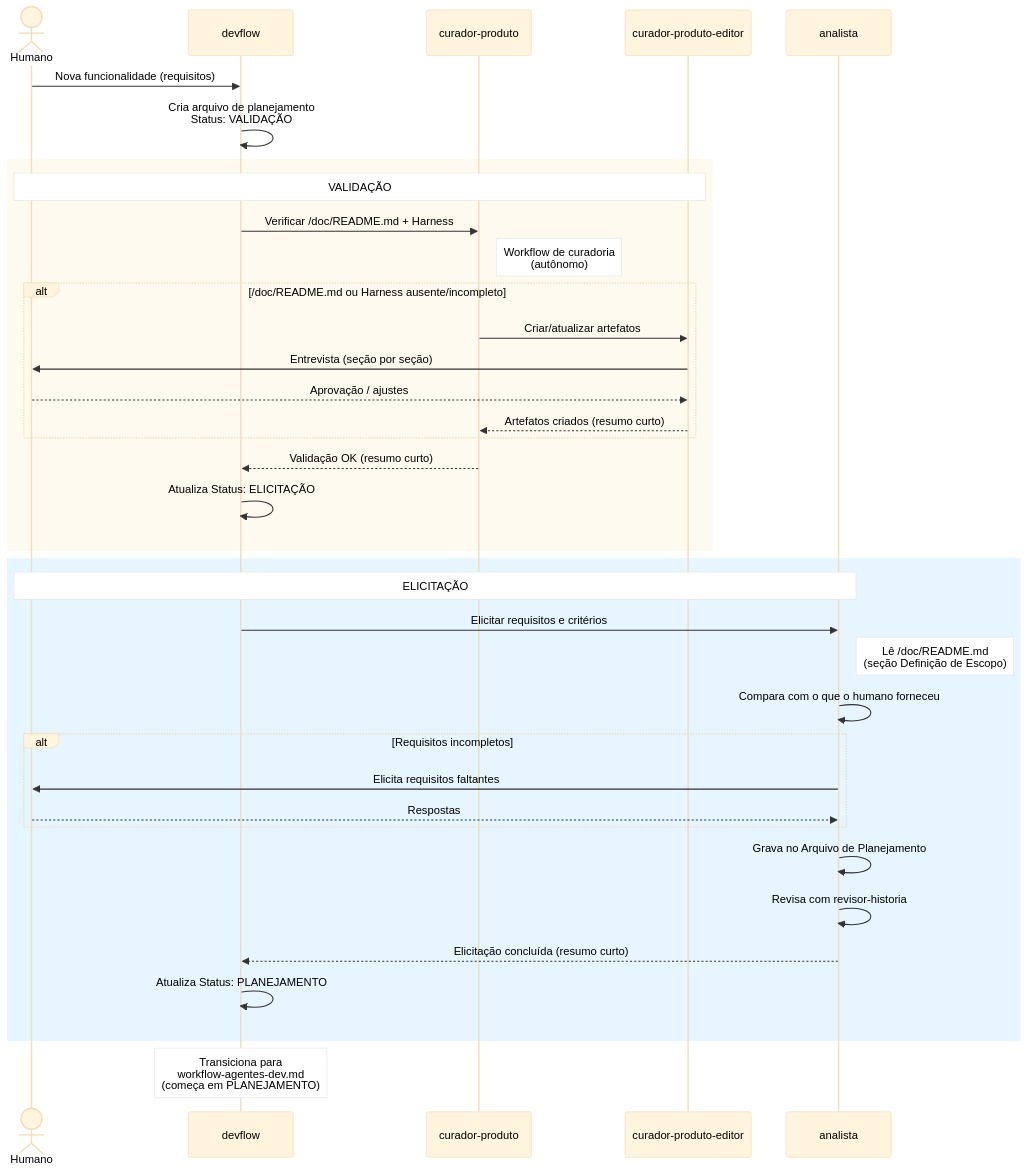
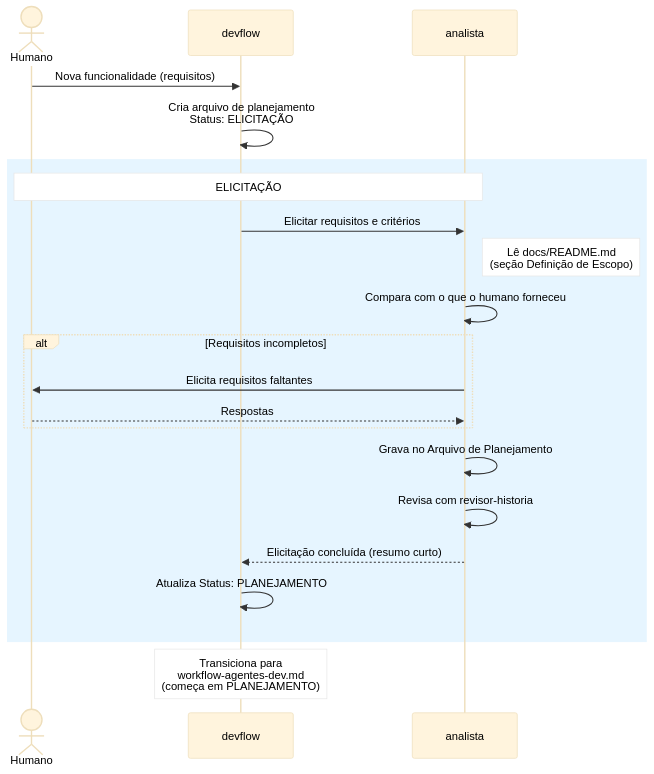
The diagram in docs/workflow-definicao-escopo.md (vitormcruz/opencode-global-config), drawn with Mermaid before and after one commit. The commit also changed other lines of this file and 13 other files, not shown here.

First line of the commit message:
refactor(workflows): separa curadoria/escopo, remove doctree

````diff
--- a/docs/workflow-definicao-escopo.md
+++ b/docs/workflow-definicao-escopo.md
@@ -82,67 +64,45 @@
 ```mermaid
 %%{init: {'theme': 'base', 'themeVariables': {
     'actorTextColor': '#000000',
     'signalTextColor': '#000000',
     'labelTextColor': '#000000',
     'noteBkgColor': '#ffffff',
     'noteTextColor': '#000000',
     'activationBorderColor': '#666666',
     'sequenceNumberColor': '#000000'
 }}}%%
 sequenceDiagram
     actor Humano
     participant devflow as devflow
-    participant cur as curador-produto
-    participant edit as curador-produto-editor
     participant ana as analista
 
     %% ── INÍCIO ──────────────────────────────
     Humano ->> devflow: Nova funcionalidade (requisitos)
-    devflow ->> devflow: Cria arquivo de planejamento<br/>Status: VALIDAÇÃO
-
-    %% ── VALIDAÇÃO ────────────────────────────
-    rect rgb(255, 250, 240)
-    Note over Humano, edit: VALIDAÇÃO
-
-    devflow ->> cur: Verificar /doc/README.md + Harness
-    Note right of cur: Workflow de curadoria<br/>(autônomo)
-
-    alt /doc/README.md ou Harness ausente/incompleto
-        cur ->> edit: Criar/atualizar artefatos
-        edit ->> Humano: Entrevista (seção por seção)
-        Humano -->> edit: Aprovação / ajustes
-        edit -->> cur: Artefatos criados (resumo curto)
-    end
-
-    cur -->> devflow: Validação OK (resumo curto)
-
-    devflow ->> devflow: Atualiza Status: ELICITAÇÃO
-
-    end
+    devflow ->> devflow: Cria arquivo de planejamento<br/>Status: ELICITAÇÃO
 
     %% ── ELICITAÇÃO ───────────────────────────
     rect rgb(230, 245, 255)
     Note over Humano, ana: ELICITAÇÃO
 
     devflow ->> ana: Elicitar requisitos e critérios
-    Note right of ana: Lê /doc/README.md<br/>(seção Definição de Escopo)
+    Note right of ana: Lê docs/README.md<br/>(seção Definição de Escopo)
 
     ana ->> ana: Compara com o que o humano forneceu
 
     alt Requisitos incompletos
         ana ->> Humano: Elicita requisitos faltantes
         Humano -->> ana: Respostas
     end
 
     ana ->> ana: Grava no Arquivo de Planejamento
     ana ->> ana: Revisa com revisor-historia
 
     ana -->> devflow: Elicitação concluída (resumo curto)
 
     devflow ->> devflow: Atualiza Status: PLANEJAMENTO
 
     end
 
     %% ── TRANSIÇÃO ────────────────────────────
     Note over devflow: Transiciona para<br/>workflow-agentes-dev.md<br/>(começa em PLANEJAMENTO)
 ```
````
